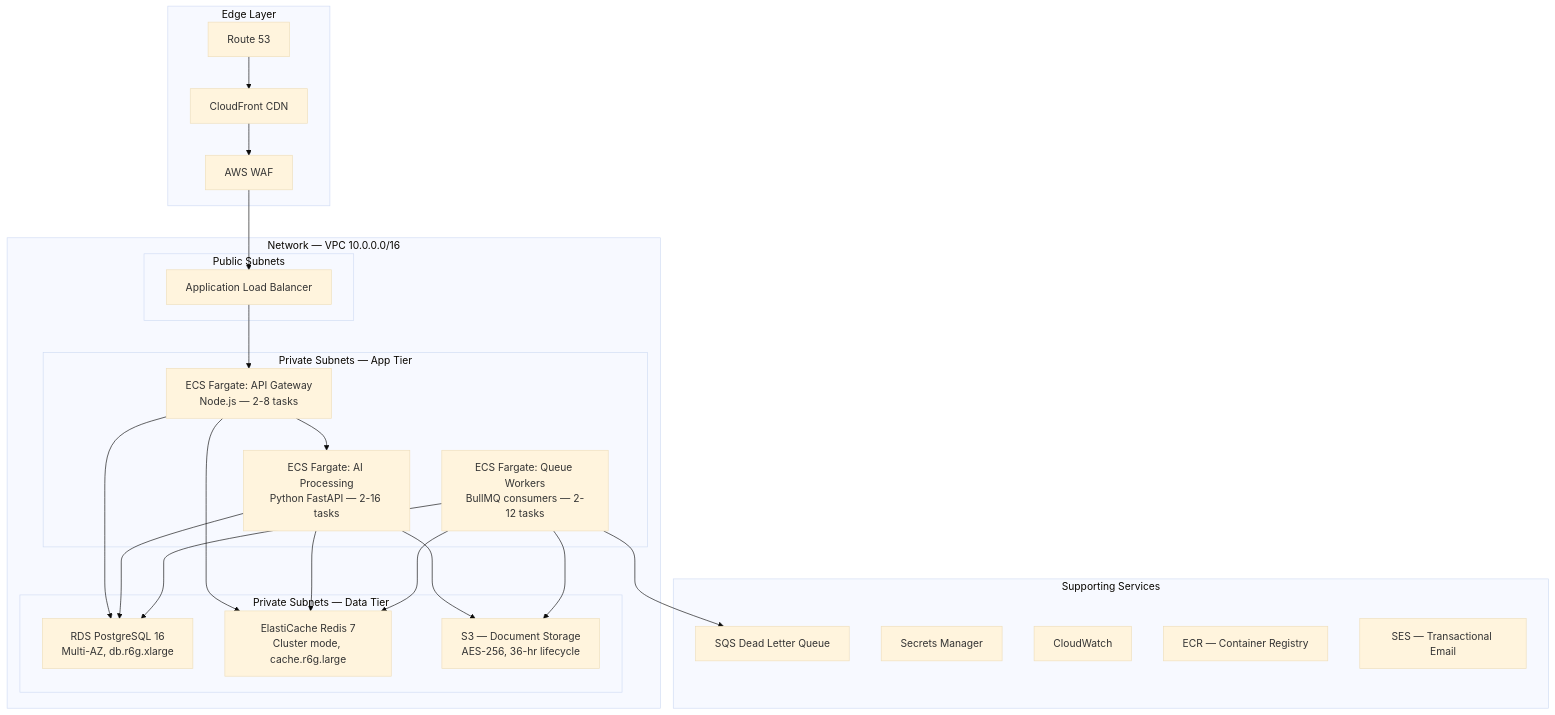
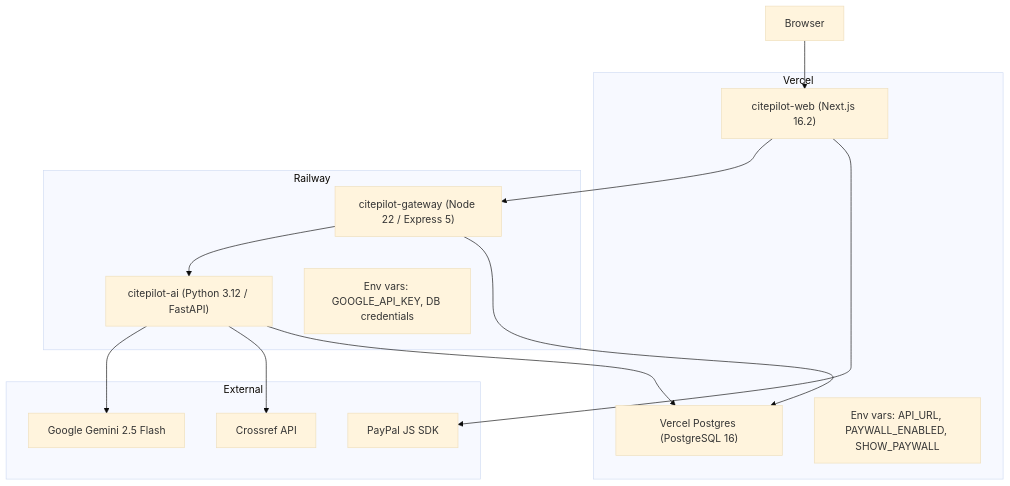
The diagram in 03-technical-architecture/15-infrastructure-deployment.md (Faithmanex/citepilot), drawn with Mermaid (base theme) before and after one commit. The commit also changed other lines of this file and 32 other files, not shown here.

Commit message:
docs(truthfulness): align architecture, security, legal, and ops docs with live MVP stack

````diff
--- a/03-technical-architecture/15-infrastructure-deployment.md
+++ b/03-technical-architecture/15-infrastructure-deployment.md
@@ -26,49 +27,29 @@
 ```mermaid
 graph TB
-    subgraph "Edge Layer"
-        CF["CloudFront CDN"]
-        WAF["AWS WAF"]
-        R53["Route 53"]
+    subgraph "Vercel"
+        WEB["citepilot-web (Next.js 16.2)"]
+        PG["Vercel Postgres (PostgreSQL 16)"]
+        ENVV["Env vars: API_URL, PAYWALL_ENABLED, SHOW_PAYWALL"]
     end
 
-    subgraph "Network — VPC 10.0.0.0/16"
-        subgraph "Public Subnets"
-            ALB["Application Load Balancer"]
-        end
-
-        subgraph "Private Subnets — App Tier"
-            ECS_GW["ECS Fargate: API Gateway<br/>Node.js — 2-8 tasks"]
-            ECS_AI["ECS Fargate: AI Processing<br/>Python FastAPI — 2-16 tasks"]
-            ECS_WK["ECS Fargate: Queue Workers<br/>BullMQ consumers — 2-12 tasks"]
-        end
-
-        subgraph "Private Subnets — Data Tier"
-            RDS["RDS PostgreSQL 16<br/>Multi-AZ, db.r6g.xlarge"]
-            EC["ElastiCache Redis 7<br/>Cluster mode, cache.r6g.large"]
-            S3["S3 — Document Storage<br/>AES-256, 36-hr lifecycle"]
-        end
+    subgraph "Railway"
+        GW["citepilot-gateway (Node 22 / Express 5)"]
+        AI["citepilot-ai (Python 3.12 / FastAPI)"]
+        ENVA["Env vars: GOOGLE_API_KEY, DB credentials"]
     end
 
-    subgraph "Supporting Services"
-        SQS["SQS Dead Letter Queue"]
-        SM["Secrets Manager"]
-        CW["CloudWatch"]
-        ECR["ECR — Container Registry"]
-        SES["SES — Transactional Email"]
+    subgraph "External"
+        GEMINI["Google Gemini 2.5 Flash"]
+        CROSSREF["Crossref API"]
+        PP["PayPal JS SDK"]
     end
 
-    R53 --> CF
-    CF --> WAF
-    WAF --> ALB
-    ALB --> ECS_GW
-    ECS_GW --> ECS_AI
-    ECS_GW --> EC
-    ECS_GW --> RDS
-    ECS_AI --> EC
-    ECS_AI --> RDS
-    ECS_AI --> S3
-    ECS_WK --> EC
-    ECS_WK --> RDS
-    ECS_WK --> S3
-    ECS_WK --> SQS
+    USER["Browser"] --> WEB
+    WEB --> GW
+    GW --> AI
+    GW --> PG
+    AI --> GEMINI
+    AI --> CROSSREF
+    AI --> PG
+    WEB --> PP
 ```
````
